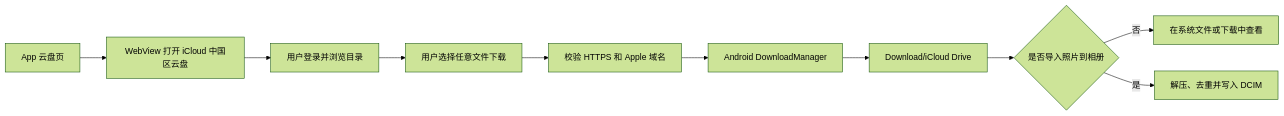
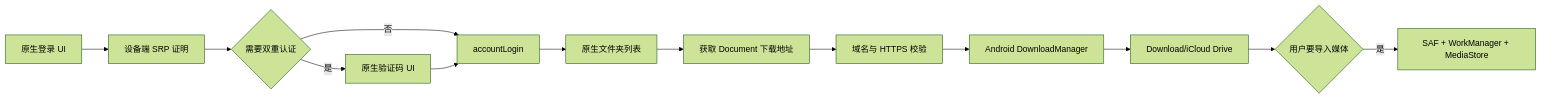
Before and after one commit to Faker1024/icloud-sync: the diagram in docs/DEVELOPMENT.md, drawn with Mermaid (forest theme). The commit also changed other lines of this file and 18 other files, not shown here.

Commit message:
feat: add native iCloud China drive client

````diff
--- a/docs/DEVELOPMENT.md
+++ b/docs/DEVELOPMENT.md
@@ -43,12 +33,15 @@
 ```mermaid
 flowchart LR
-    A[App 云盘页] --> B[WebView 打开 iCloud 中国区云盘]
-    B --> C[用户登录并浏览目录]
-    C --> D[用户选择任意文件下载]
-    D --> E[校验 HTTPS 和 Apple 域名]
-    E --> F[Android DownloadManager]
-    F --> G[Download/iCloud Drive]
-    G --> H{是否导入照片到相册}
-    H -->|否| I[在系统文件或下载中查看]
-    H -->|是| J[解压、去重并写入 DCIM]
+    A[原生登录 UI] --> B[设备端 SRP 证明]
+    B --> C{需要双重认证}
+    C -->|是| D[原生验证码 UI]
+    C -->|否| E[accountLogin]
+    D --> E
+    E --> F[原生文件夹列表]
+    F --> G[获取 Document 下载地址]
+    G --> H[域名与 HTTPS 校验]
+    H --> I[Android DownloadManager]
+    I --> J[Download/iCloud Drive]
+    J --> K{用户要导入媒体}
+    K -->|是| L[SAF + WorkManager + MediaStore]
 ```
````
